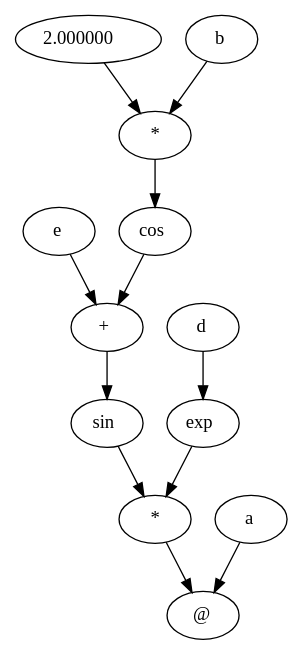
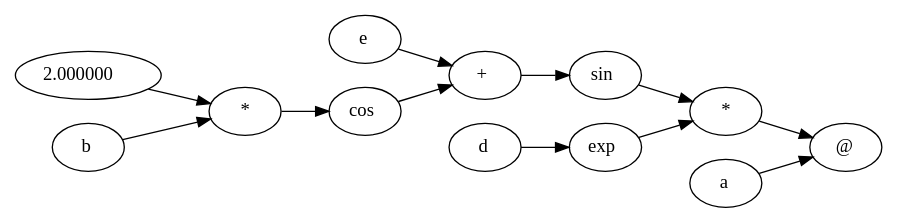
Before and after one commit to kartiksrinivas007/NABLA-Automatic-differentiation: the diagram in Transpiler/computational_graph.dot, drawn with Graphviz. The commit also changed 5 other files, not shown here.

```diff
--- a/Transpiler/computational_graph.dot
+++ b/Transpiler/computational_graph.dot
@@ -1,25 +1,26 @@
 digraph {
+rankdir="LR";
 n14[label=<@>]
 n13 -> n14
 n0 -> n14
 n13[label=<*>]
 n12 -> n13
 n7 -> n13
 n12[label=<sin>]
 n11 -> n12
 n11[label=<+>]
 n4 -> n11
 n10 -> n11
 n4[label=<e>]
 n10[label=<cos>]
 n9 -> n10
 n9[label=<*>]
 n8 -> n9
 n1 -> n9
 n8[label=<2.000000>]
 n1[label=<b>]
 n7[label=<exp>]
 n3 -> n7
 n3[label=<d>]
 n0[label=<a>]
 }
```
